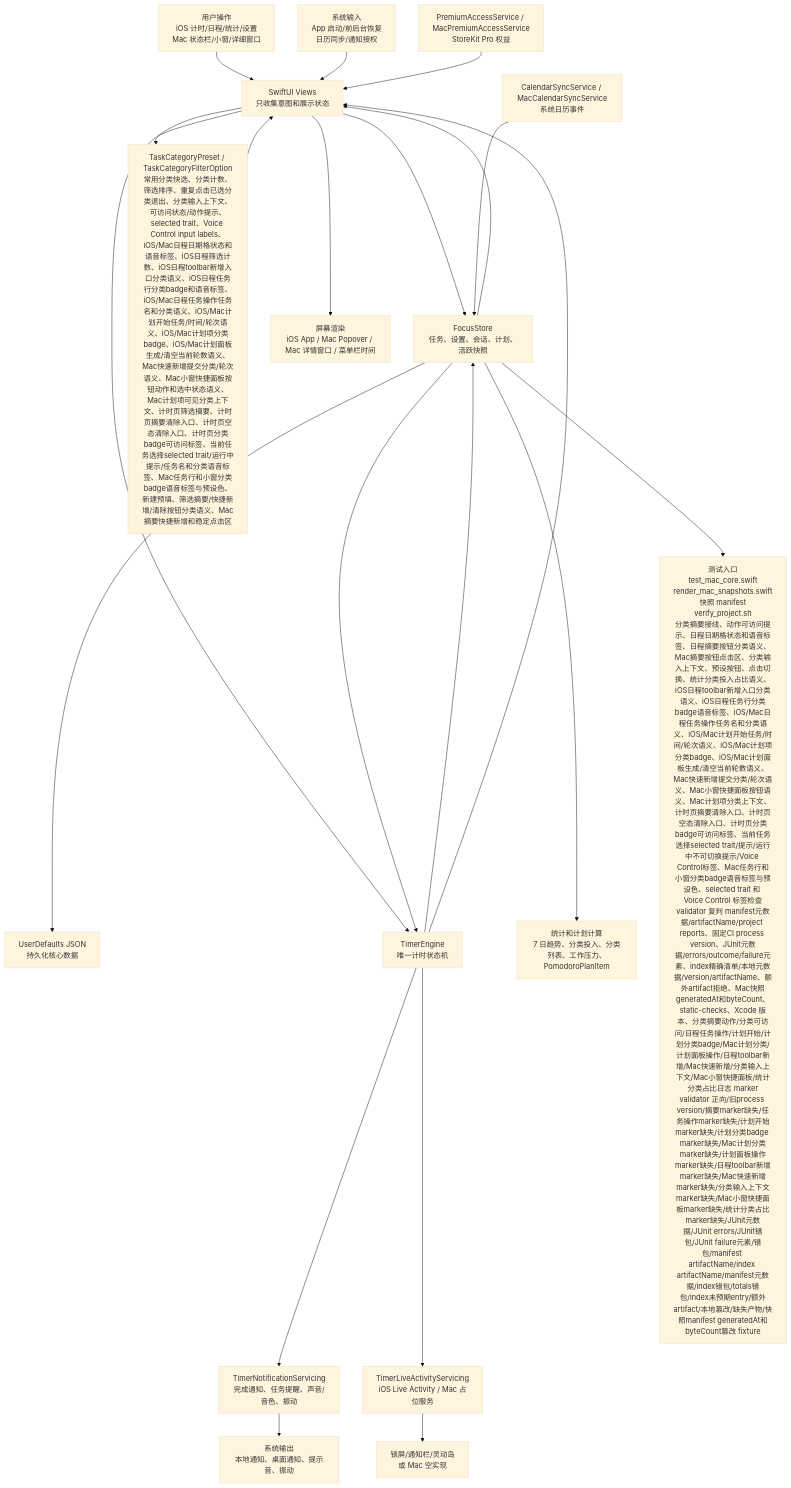
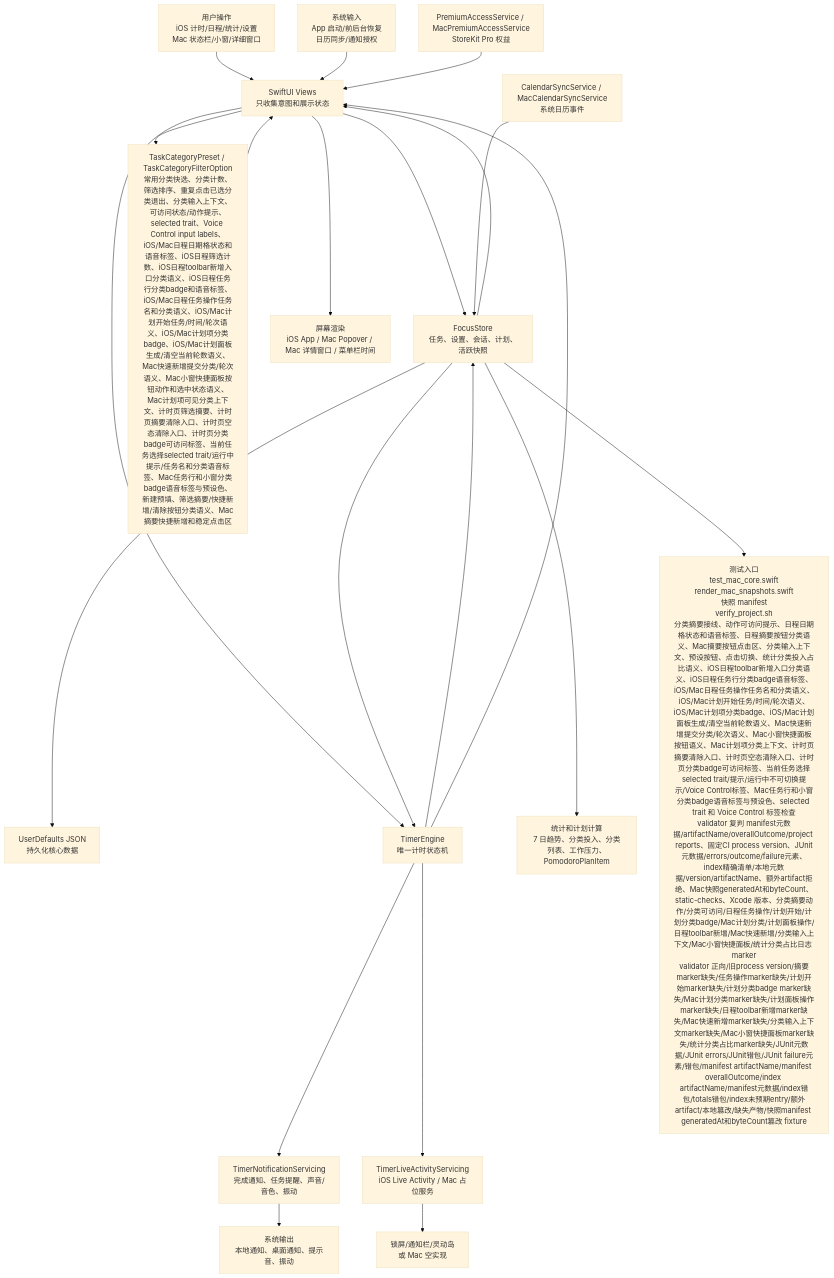
Before and after one commit to Altman-sam114/114: the first of 6 diagrams in md/flow/flowchart.md, drawn with Mermaid (base theme). The commit also changed other lines of this file and 8 other files, not shown here.

````diff
--- a/md/flow/flowchart.md
+++ b/md/flow/flowchart.md
@@ -9,23 +9,23 @@
 ```mermaid
 flowchart TD
   U["用户操作<br/>iOS 计时/日程/统计/设置<br/>Mac 状态栏/小窗/详细窗口"] --> V["SwiftUI Views<br/>只收集意图和展示状态"]
   SYS["系统输入<br/>App 启动/前后台恢复<br/>日历同步/通知授权"] --> V
   V --> S["FocusStore<br/>任务、设置、会话、计划、活跃快照"]
   V --> CAT["TaskCategoryPreset / TaskCategoryFilterOption<br/>常用分类快选、分类计数、筛选排序、重复点击已选分类退出、分类输入上下文、可访问状态/动作提示、selected trait、Voice Control input labels、iOS/Mac日程日期格状态和语音标签、iOS日程筛选计数、iOS日程toolbar新增入口分类语义、iOS日程任务行分类badge和语音标签、iOS/Mac日程任务操作任务名和分类语义、iOS/Mac计划开始任务/时间/轮次语义、iOS/Mac计划项分类badge、iOS/Mac计划面板生成/清空当前轮数语义、Mac快速新增提交分类/轮次语义、Mac小窗快捷面板按钮动作和选中状态语义、Mac计划项可见分类上下文、计时页筛选摘要、计时页摘要清除入口、计时页空态清除入口、计时页分类badge可访问标签、当前任务选择selected trait/运行中提示/任务名和分类语音标签、Mac任务行和小窗分类badge语音标签与预设色、新建预填、筛选摘要/快捷新增/清除按钮分类语义、Mac摘要快捷新增和稳定点击区"]
   CAT --> V
   S --> P["UserDefaults JSON<br/>持久化核心数据"]
   V --> E["TimerEngine<br/>唯一计时状态机"]
   S --> E
   E --> S
   E --> N["TimerNotificationServicing<br/>完成通知、任务提醒、声音/音色、振动"]
   E --> L["TimerLiveActivityServicing<br/>iOS Live Activity / Mac 占位服务"]
   S --> C["统计和计划计算<br/>7 日趋势、分类投入、分类列表、工作压力、PomodoroPlanItem"]
   CAL["CalendarSyncService / MacCalendarSyncService<br/>系统日历事件"] --> S
   PRO["PremiumAccessService / MacPremiumAccessService<br/>StoreKit Pro 权益"] --> V
   S --> V
   E --> V
   V --> OUT["屏幕渲染<br/>iOS App / Mac Popover / Mac 详情窗口 / 菜单栏时间"]
   N --> OUT2["系统输出<br/>本地通知、桌面通知、提示音、振动"]
   L --> OUT3["锁屏/通知栏/灵动岛<br/>或 Mac 空实现"]
-  S --> T["测试入口<br/>test_mac_core.swift<br/>render_mac_snapshots.swift<br/>快照 manifest<br/>verify_project.sh<br/>分类摘要接线、动作可访问提示、日程日期格状态和语音标签、日程摘要按钮分类语义、Mac摘要按钮点击区、分类输入上下文、预设按钮、点击切换、统计分类投入占比语义、iOS日程toolbar新增入口分类语义、iOS日程任务行分类badge语音标签、iOS/Mac日程任务操作任务名和分类语义、iOS/Mac计划开始任务/时间/轮次语义、iOS/Mac计划项分类badge、iOS/Mac计划面板生成/清空当前轮数语义、Mac快速新增提交分类/轮次语义、Mac小窗快捷面板按钮语义、Mac计划项分类上下文、计时页摘要清除入口、计时页空态清除入口、计时页分类badge可访问标签、当前任务选择selected trait/提示/运行中不可切换提示/Voice Control标签、Mac任务行和小窗分类badge语音标签与预设色、selected trait 和 Voice Control 标签检查<br/>validator 复判 manifest元数据/artifactName/project reports、固定CI process version、JUnit元数据/errors/outcome/failure元素、index精确清单/本地元数据/version/artifactName、额外artifact拒绝、Mac快照generatedAt和byteCount、static-checks、Xcode 版本、分类摘要动作/分类可访问/日程任务操作/计划开始/计划分类badge/Mac计划分类/计划面板操作/日程toolbar新增/Mac快速新增/分类输入上下文/Mac小窗快捷面板/统计分类占比日志 marker<br/>validator 正向/旧process version/摘要marker缺失/任务操作marker缺失/计划开始marker缺失/计划分类badge marker缺失/Mac计划分类marker缺失/计划面板操作marker缺失/日程toolbar新增marker缺失/Mac快速新增marker缺失/分类输入上下文marker缺失/Mac小窗快捷面板marker缺失/统计分类占比marker缺失/JUnit元数据/JUnit errors/JUnit错包/JUnit failure元素/错包/manifest artifactName/index artifactName/manifest元数据/index错包/totals错包/index未预期entry/额外artifact/本地篡改/缺失产物/快照manifest generatedAt和byteCount篡改 fixture"]
+  S --> T["测试入口<br/>test_mac_core.swift<br/>render_mac_snapshots.swift<br/>快照 manifest<br/>verify_project.sh<br/>分类摘要接线、动作可访问提示、日程日期格状态和语音标签、日程摘要按钮分类语义、Mac摘要按钮点击区、分类输入上下文、预设按钮、点击切换、统计分类投入占比语义、iOS日程toolbar新增入口分类语义、iOS日程任务行分类badge语音标签、iOS/Mac日程任务操作任务名和分类语义、iOS/Mac计划开始任务/时间/轮次语义、iOS/Mac计划项分类badge、iOS/Mac计划面板生成/清空当前轮数语义、Mac快速新增提交分类/轮次语义、Mac小窗快捷面板按钮语义、Mac计划项分类上下文、计时页摘要清除入口、计时页空态清除入口、计时页分类badge可访问标签、当前任务选择selected trait/提示/运行中不可切换提示/Voice Control标签、Mac任务行和小窗分类badge语音标签与预设色、selected trait 和 Voice Control 标签检查<br/>validator 复判 manifest元数据/artifactName/overallOutcome/project reports、固定CI process version、JUnit元数据/errors/outcome/failure元素、index精确清单/本地元数据/version/artifactName、额外artifact拒绝、Mac快照generatedAt和byteCount、static-checks、Xcode 版本、分类摘要动作/分类可访问/日程任务操作/计划开始/计划分类badge/Mac计划分类/计划面板操作/日程toolbar新增/Mac快速新增/分类输入上下文/Mac小窗快捷面板/统计分类占比日志 marker<br/>validator 正向/旧process version/摘要marker缺失/任务操作marker缺失/计划开始marker缺失/计划分类badge marker缺失/Mac计划分类marker缺失/计划面板操作marker缺失/日程toolbar新增marker缺失/Mac快速新增marker缺失/分类输入上下文marker缺失/Mac小窗快捷面板marker缺失/统计分类占比marker缺失/JUnit元数据/JUnit errors/JUnit错包/JUnit failure元素/错包/manifest artifactName/manifest overallOutcome/index artifactName/manifest元数据/index错包/totals错包/index未预期entry/额外artifact/本地篡改/缺失产物/快照manifest generatedAt和byteCount篡改 fixture"]
 ```
````
